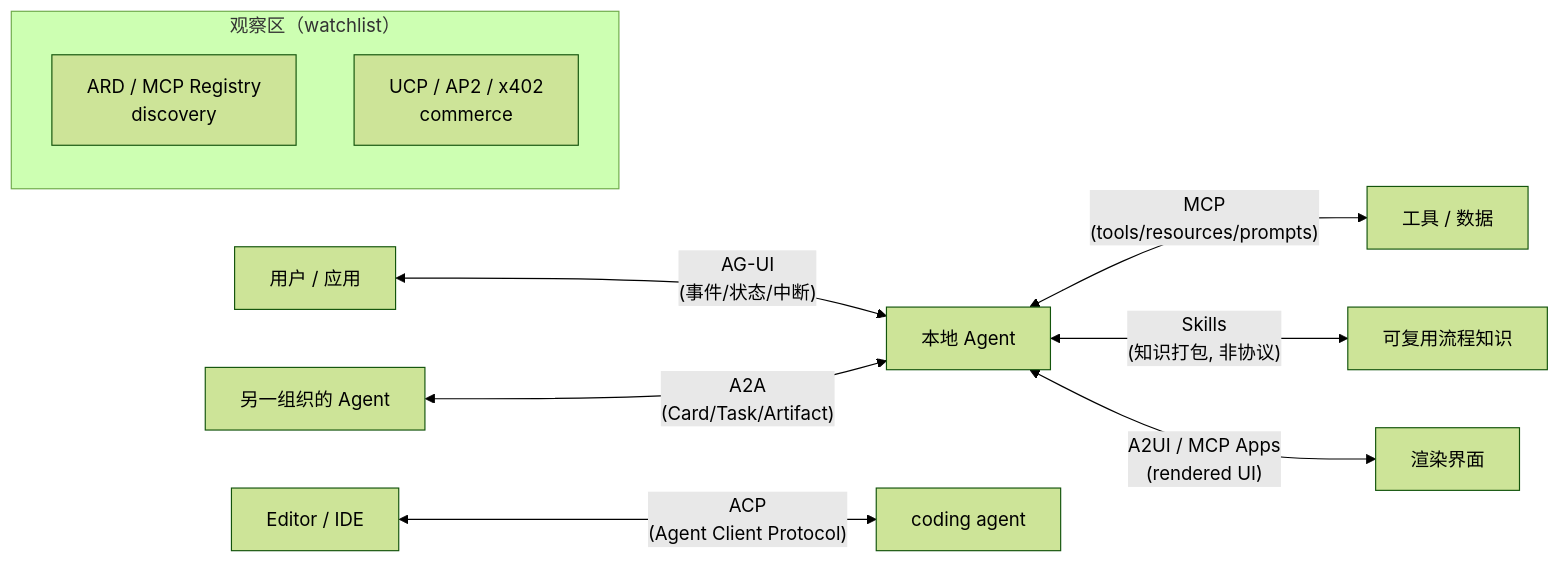
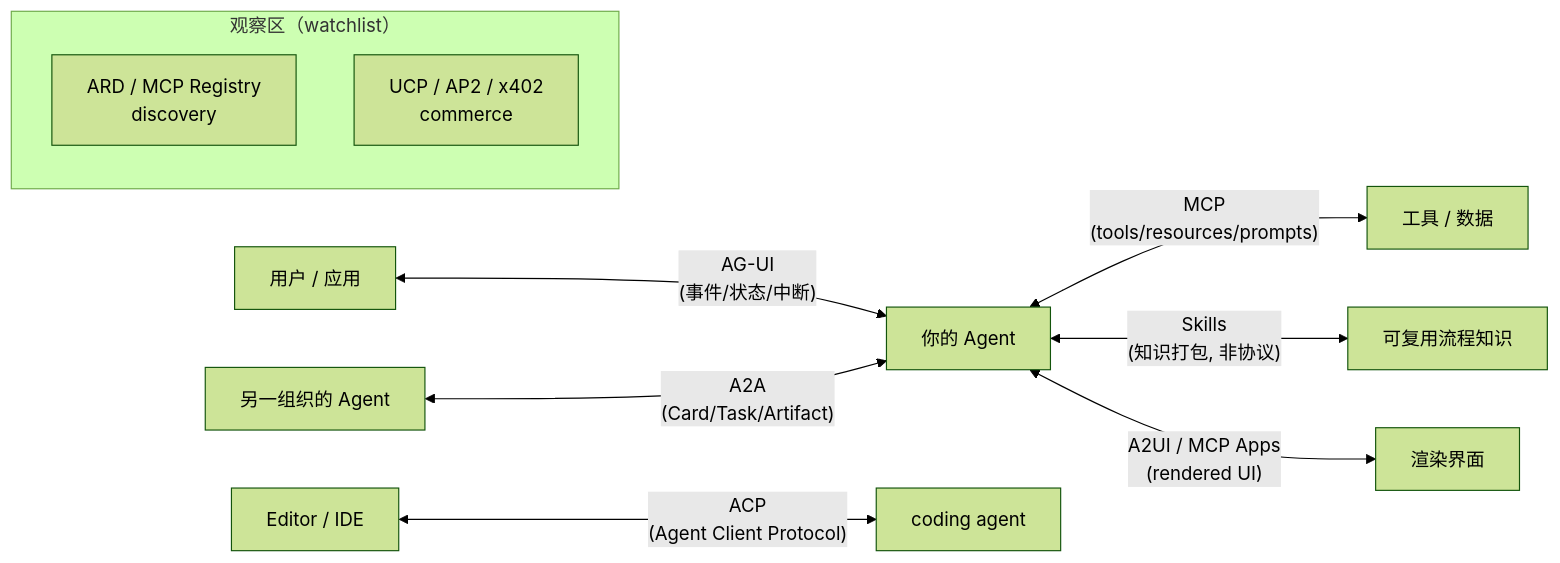
The first of 2 diagrams in docs/zh/tech/07-interoperability/index.md (zenHeart/learn-ai), drawn with Mermaid (forest theme) before and after one commit. The commit also changed other lines of this file and 67 other files, not shown here.

````diff
--- a/docs/zh/tech/07-interoperability/index.md
+++ b/docs/zh/tech/07-interoperability/index.md
@@ -30,13 +30,13 @@
 ```mermaid
 flowchart LR
-    USER["用户 / 应用"] <-- "AG-UI<br/>(事件/状态/中断)" --> AGENT["本地 Agent"]
+    USER["用户 / 应用"] <-- "AG-UI<br/>(事件/状态/中断)" --> AGENT["你的 Agent"]
     EDITOR["Editor / IDE"] <-- "ACP<br/>(Agent Client Protocol)" --> CAGENT["coding agent"]
     AGENT <-- "MCP<br/>(tools/resources/prompts)" --> TOOLS["工具 / 数据"]
     AGENT <-- "Skills<br/>(知识打包, 非协议)" --> KNOW["可复用流程知识"]
     AGENT2["另一组织的 Agent"] <-- "A2A<br/>(Card/Task/Artifact)" --> AGENT
     AGENT <-- "A2UI / MCP Apps<br/>(rendered UI)" --> UI["渲染界面"]
     subgraph OBS["观察区（watchlist）"]
         ARD["ARD / MCP Registry<br/>discovery"]
         COMMERCE["UCP / AP2 / x402<br/>commerce"]
     end
 ```
````
